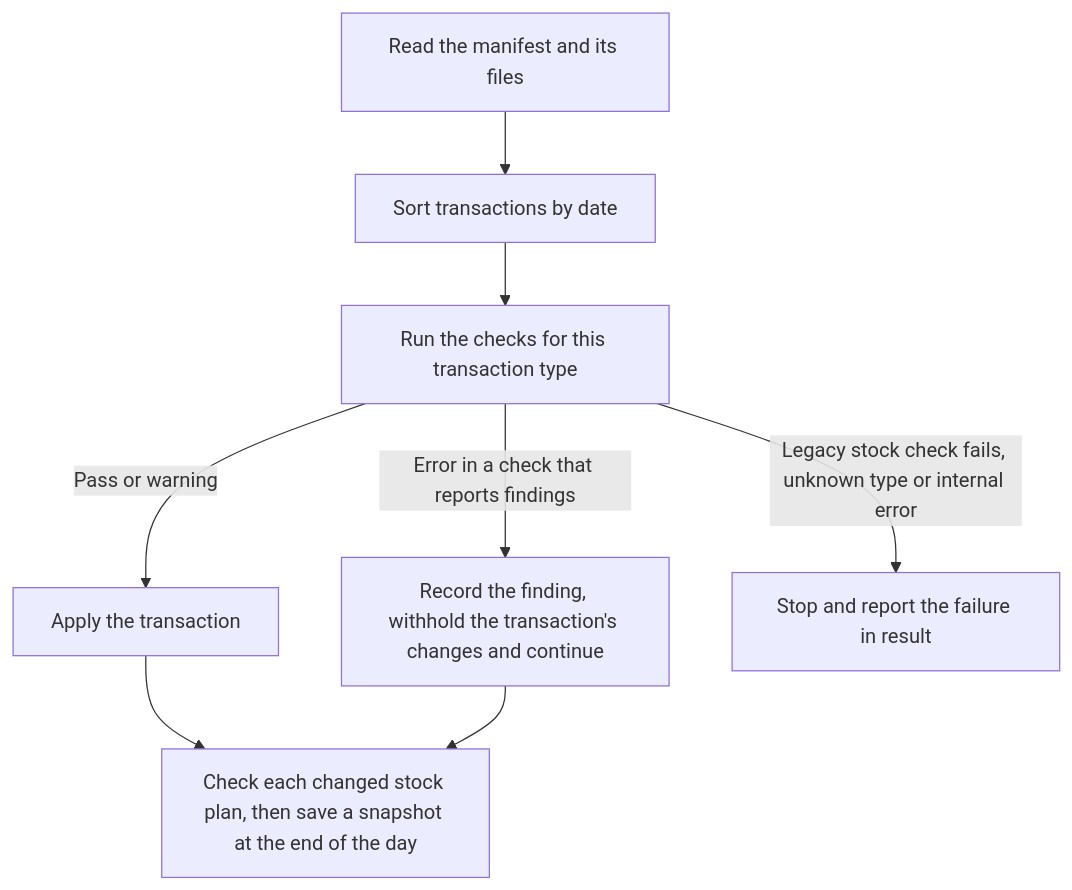
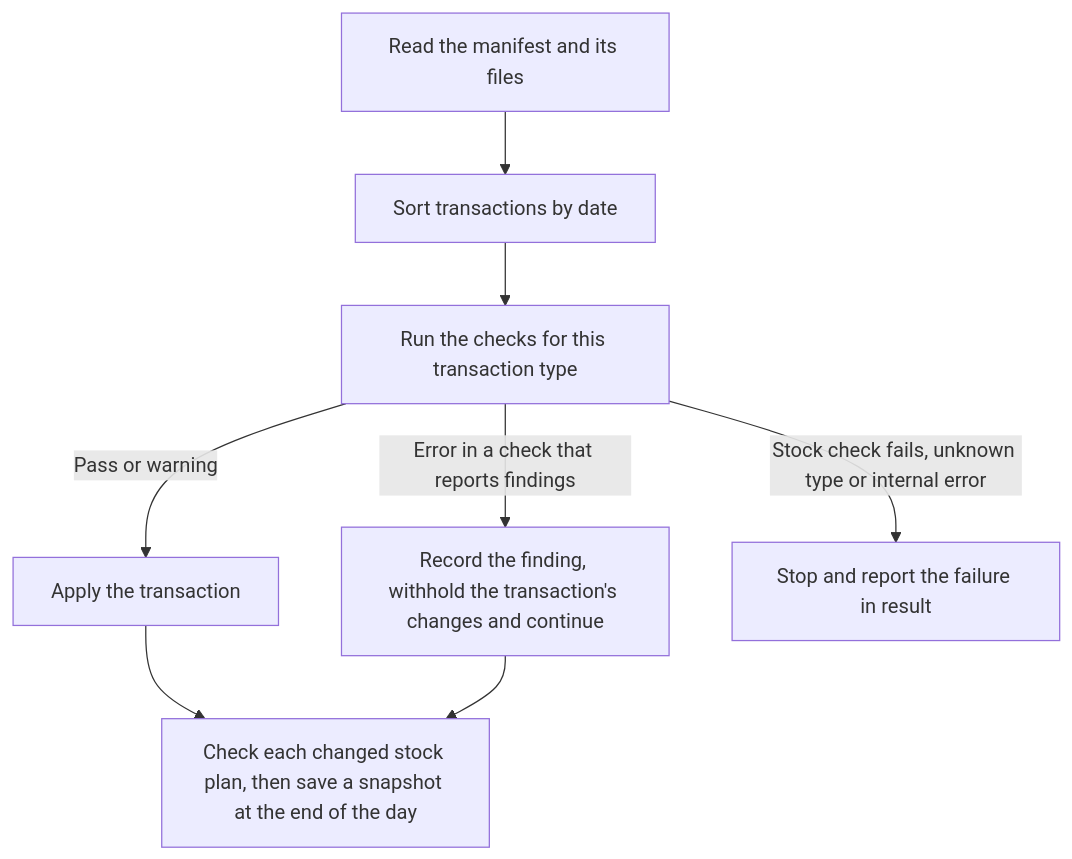
The diagram in README.md (Open-Cap-Table-Coalition/OCF-Tools), drawn with Mermaid before and after one commit. The commit also changed other lines of this file, not shown here.

First line of the commit message:
Say that a failed stock check stops the run

````diff
--- a/README.md
+++ b/README.md
@@ -33,10 +33,10 @@
 ```mermaid
 flowchart TD
     A["Read the manifest and its files"] --> B["Sort transactions by date"]
     B --> C["Run the checks for this transaction type"]
     C -->|Pass or warning| D["Apply the transaction"]
     C -->|Error in a check that reports findings| E["Record the finding, withhold the transaction's changes and continue"]
-    C -->|Legacy stock check fails, unknown type or internal error| F["Stop and report the failure in result"]
+    C -->|Stock check fails, unknown type or internal error| F["Stop and report the failure in result"]
     D --> G["Check each changed stock plan, then save a snapshot at the end of the day"]
     E --> G
 ```
````
